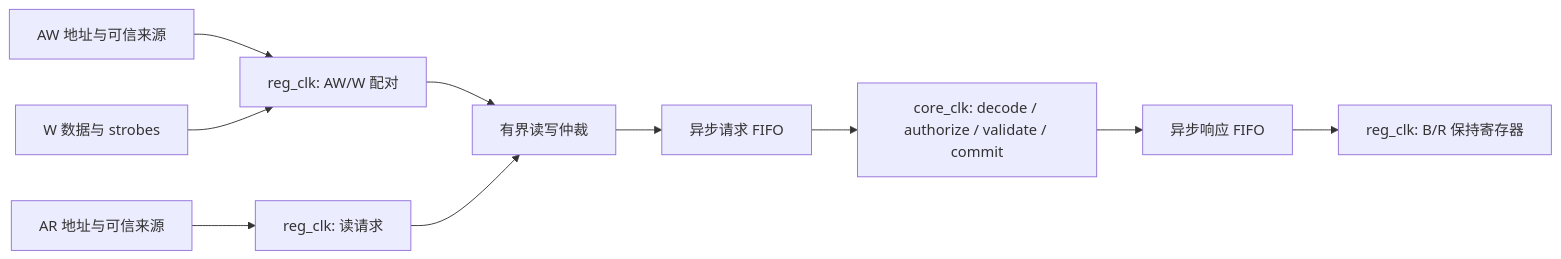
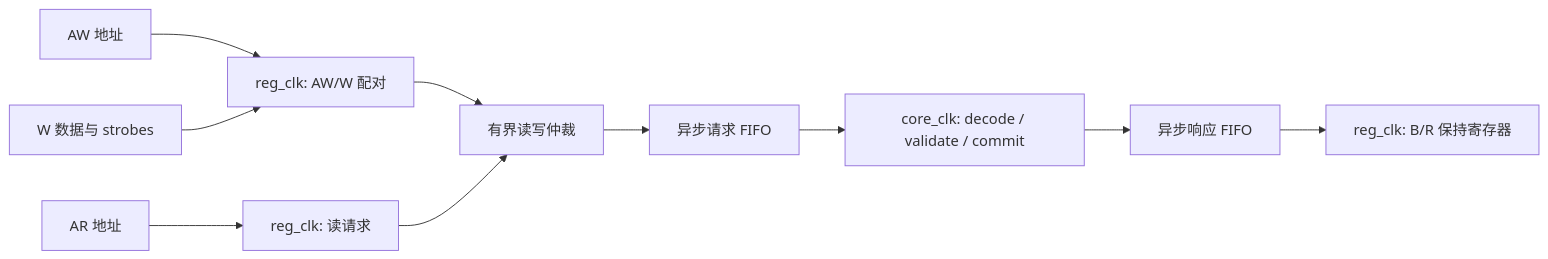
The diagram in docs/rtl/register-interface.md (shady831213/pdma), drawn with Mermaid before and after one commit. The commit also changed other lines of this file and 12 other files, not shown here.

````diff
--- a/docs/rtl/register-interface.md
+++ b/docs/rtl/register-interface.md
@@ -113,12 +95,12 @@
 ```mermaid
 flowchart LR
-    AW[AW 地址与可信来源] --> WPAIR[reg_clk: AW/W 配对]
+    AW[AW 地址] --> WPAIR[reg_clk: AW/W 配对]
     W[W 数据与 strobes] --> WPAIR
-    AR[AR 地址与可信来源] --> ARBUF[reg_clk: 读请求]
+    AR[AR 地址] --> ARBUF[reg_clk: 读请求]
     WPAIR --> ORDER[有界读写仲裁]
     ARBUF --> ORDER
     ORDER --> REQ[异步请求 FIFO]
-    REQ --> OWNER[core_clk: decode / authorize / validate / commit]
+    REQ --> OWNER[core_clk: decode / validate / commit]
     OWNER --> RSP[异步响应 FIFO]
     RSP --> HOLD[reg_clk: B/R 保持寄存器]
 ```
````
